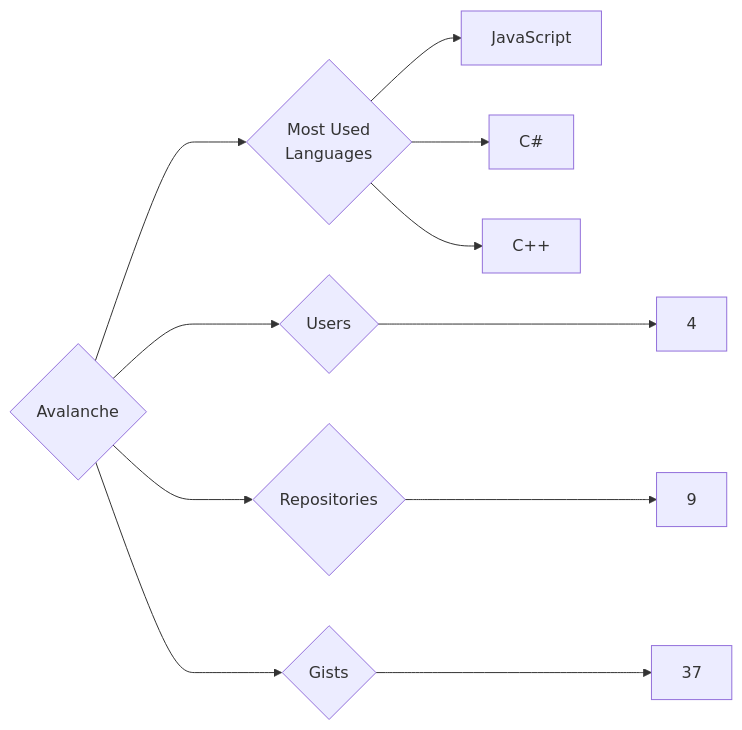
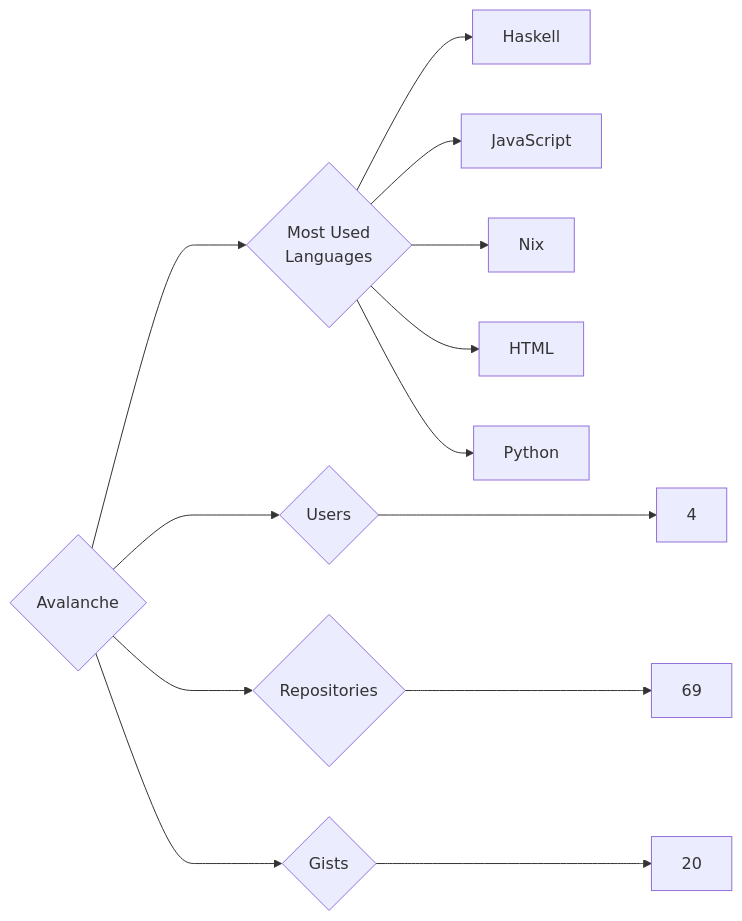
Before and after one commit to trickest/insiders: the diagram in targets/Avalanche/README.md, drawn with Mermaid. The commit also changed 938 other files, not shown here.

````diff
--- a/targets/Avalanche/README.md
+++ b/targets/Avalanche/README.md
@@ -3,11 +3,13 @@
 ```mermaid
 graph LR
 COMPANY_NAME{Avalanche}
 COMPANY_NAME ---> U{Users} ---> UN[4]
-COMPANY_NAME ---> R{Repositories} ---> RN[9]
-COMPANY_NAME ---> G{Gists} ---> GN[37]
+COMPANY_NAME ---> R{Repositories} ---> RN[69]
+COMPANY_NAME ---> G{Gists} ---> GN[20]
 COMPANY_NAME ---> ML{Most Used<br>Languages}
+ML --> Haskell[Haskell]
 ML --> JavaScript[JavaScript]
-ML --> C#[C#]
-ML --> C++[C++]
+ML --> Nix[Nix]
+ML --> HTML[HTML]
+ML --> Python[Python]
 ```
````
